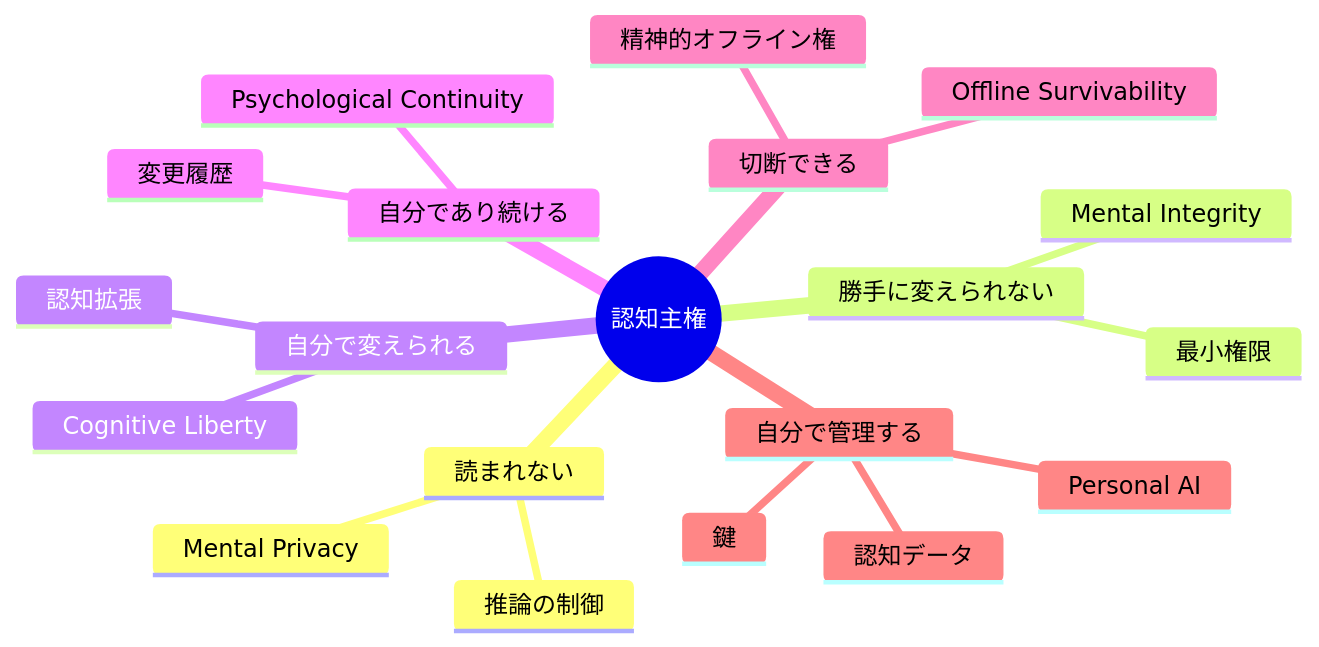
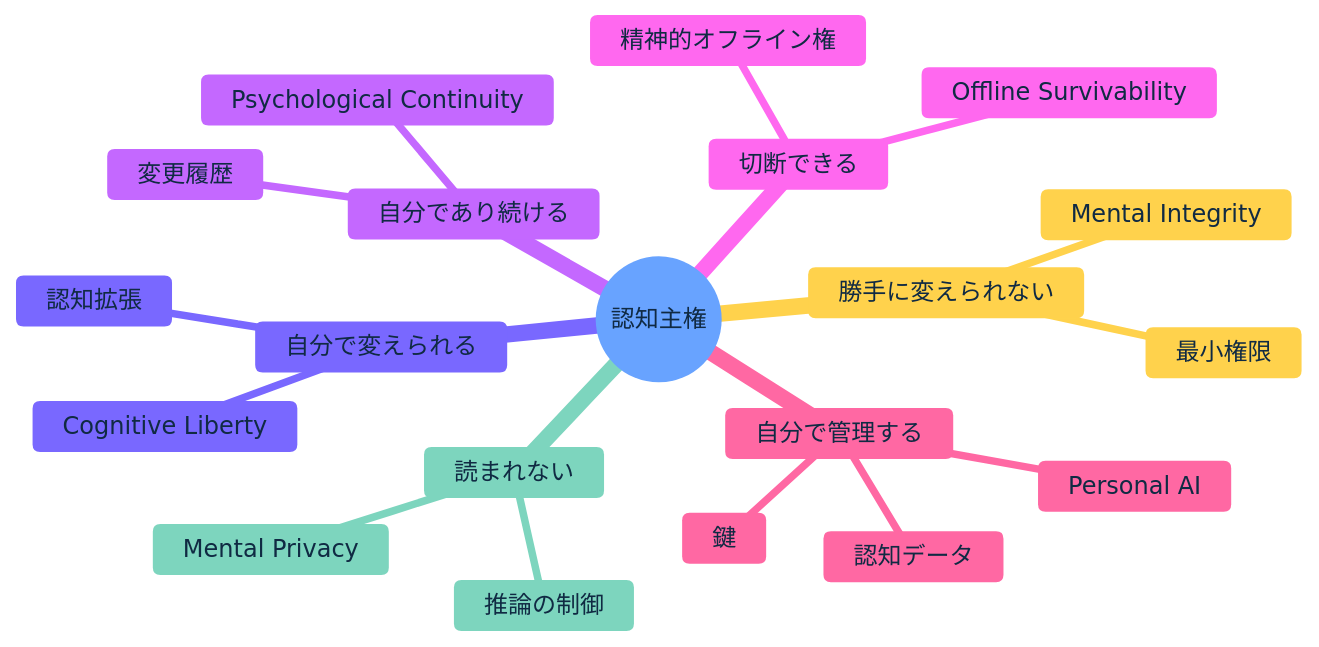
Before and after one commit to kukukucode/cogauth: the second of 10 diagrams in README.md, drawn with Mermaid. The commit also changed other lines of this file, not shown here.

First line of the commit message:
Refactor mermaid diagram styles in README

````diff
--- a/README.md
+++ b/README.md
@@ -76,23 +87,34 @@
 ```mermaid
+%%{init: {"theme":"base","themeVariables":{
+  "background":"#FFFFFF",
+  "primaryColor":"#E8F1FF",
+  "primaryTextColor":"#102A43",
+  "primaryBorderColor":"#1769AA",
+  "secondaryColor":"#DDF4EE",
+  "tertiaryColor":"#FFF2CC",
+  "lineColor":"#526D82",
+  "textColor":"#102A43",
+  "fontFamily":"Arial, sans-serif"
+}}}%%
 mindmap
   root((認知主権))
     読まれない
       Mental Privacy
       推論の制御
     勝手に変えられない
       Mental Integrity
       最小権限
     自分で変えられる
       Cognitive Liberty
       認知拡張
     自分であり続ける
       Psychological Continuity
       変更履歴
     切断できる
       精神的オフライン権
       Offline Survivability
     自分で管理する
       Personal AI
       鍵
       認知データ
 ```
````
